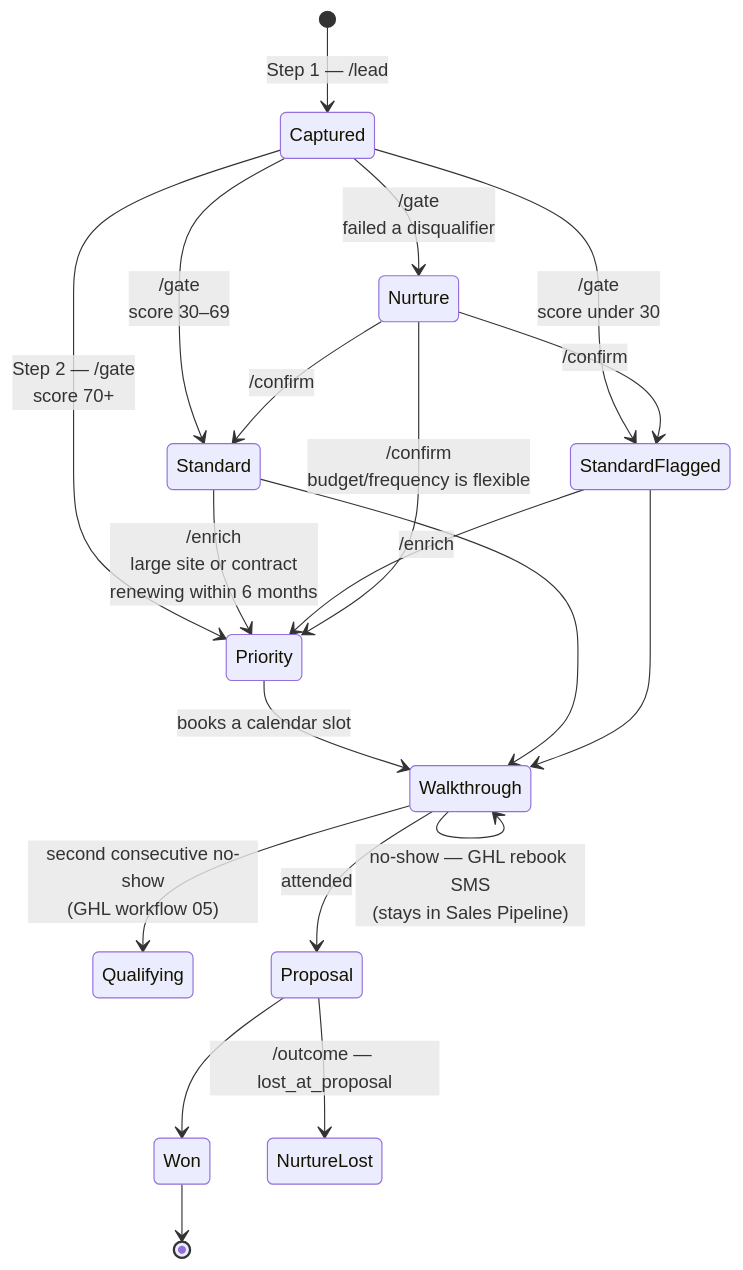
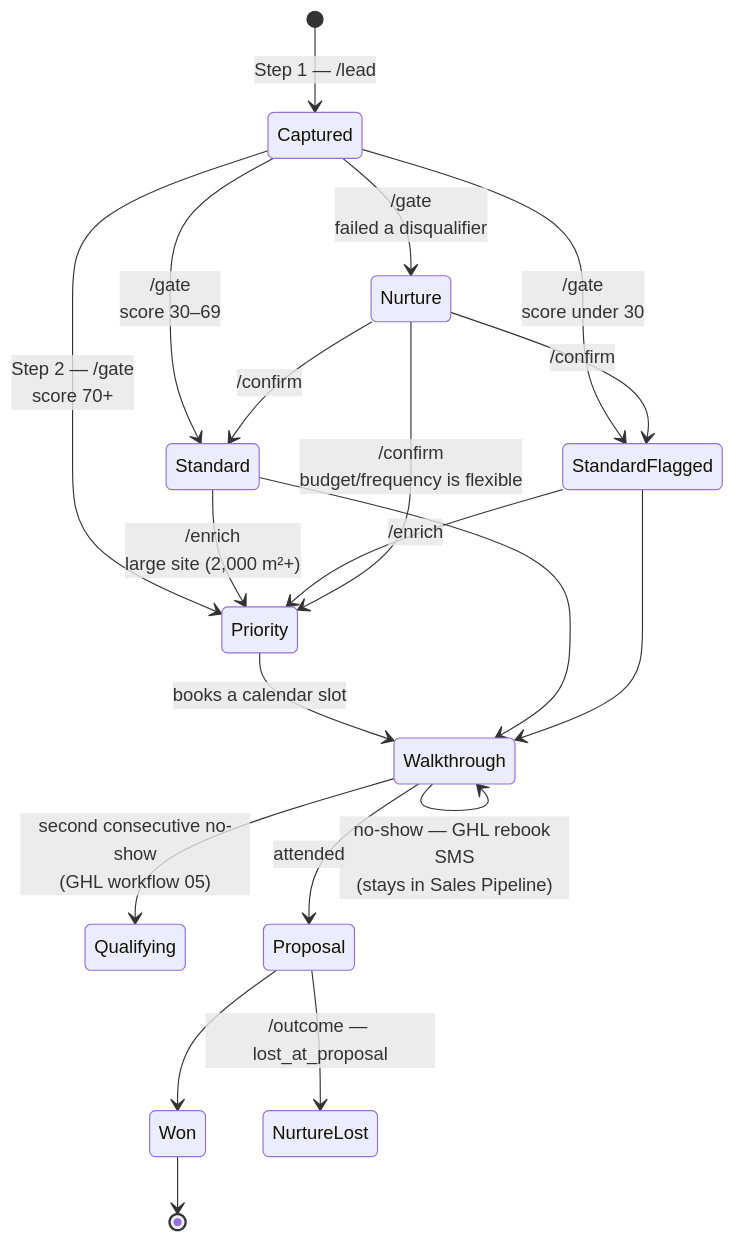
One commit to VantagePointFacilityServices/vpfs-website changed the second of 11 diagrams in docs/WORKER.md. Above: the diagram before and after it, drawn with Mermaid. The commit also changed other lines of this file and 26 other files, not shown here.

````diff
--- a/docs/WORKER.md
+++ b/docs/WORKER.md
@@ -192,26 +192,26 @@
 ```mermaid
 stateDiagram-v2
     [*] --> Captured: Step 1 — /lead
     Captured --> Priority: Step 2 — /gate<br/>score 70+
     Captured --> Standard: /gate<br/>score 30–69
     Captured --> StandardFlagged: /gate<br/>score under 30
     Captured --> Nurture: /gate<br/>failed a disqualifier
 
-    Standard --> Priority: /enrich<br/>large site or contract<br/>renewing within 6 months
+    Standard --> Priority: /enrich<br/>large site (2,000 m²+)
     StandardFlagged --> Priority: /enrich
     Nurture --> Priority: /confirm<br/>budget/frequency is flexible
     Nurture --> Standard: /confirm
     Nurture --> StandardFlagged: /confirm
 
     Priority --> Walkthrough: books a calendar slot
     Standard --> Walkthrough
     StandardFlagged --> Walkthrough
 
     Walkthrough --> Walkthrough: no-show — GHL rebook SMS<br/>(stays in Sales Pipeline)
     Walkthrough --> Qualifying: second consecutive no-show<br/>(GHL workflow 05)
     Walkthrough --> Proposal: attended
     Proposal --> Won
     Proposal --> NurtureLost: /outcome — lost_at_proposal
 
     Won --> [*]
 ```
````
